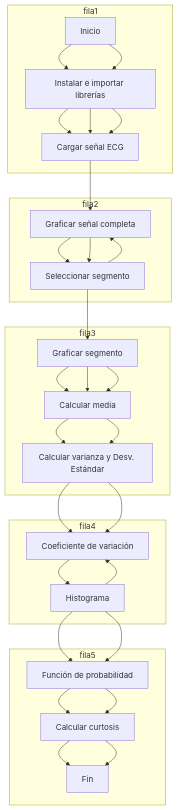
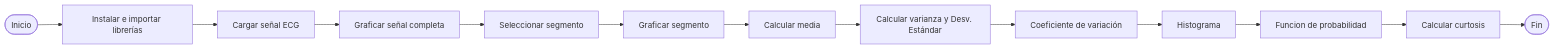
One commit to LauraDaniela09/Laboratorio-1--estadistica changed the diagram in README.md. Above: the diagram before and after it, drawn with Mermaid.

````diff
--- a/README.md
+++ b/README.md
@@ -7,42 +7,15 @@
 ```mermaid
-flowchart TD
-    A[Inicio] --> B[Instalar e importar librerías] --> C[Cargar señal ECG]
+flowchart LR
+    A([Inicio]) --> B[Instalar e importar librerías]
+    B --> C[Cargar señal ECG]
     C --> D[Graficar señal completa]
     D --> E[Seleccionar segmento]
     E --> F[Graficar segmento]
     F --> G[Calcular media]
     G --> H[Calcular varianza y Desv. Estándar]
     H --> I[Coeficiente de variación]
     I --> J[Histograma]
-    J --> K[Función de probabilidad]
+    J --> K[Funcion de probabilidad]
     K --> L[Calcular curtosis]
-    L --> M[Fin]
-
-    %% Posiciones en zigzag
-    B --> C
-    D --> E
-    F --> G
-    H --> I
-    J --> K
-
-    %% Forzar posiciones visuales
-    subgraph fila1
-        A --> B --> C
-    end
-
-    subgraph fila2
-        E --> D
-    end
-
-    subgraph fila3
-        F --> G --> H
-    end
-
-    subgraph fila4
-        J --> I
-    end
-
-    subgraph fila5
-        K --> L --> M
-    end
+    L --> M([Fin])
 ```
````
